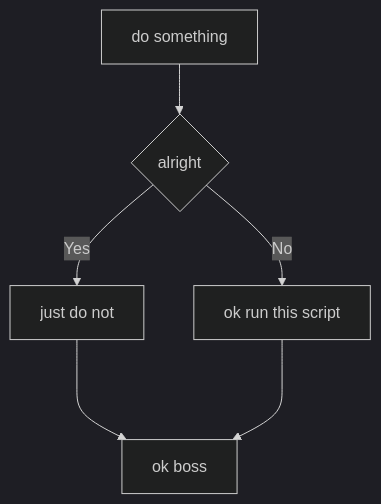
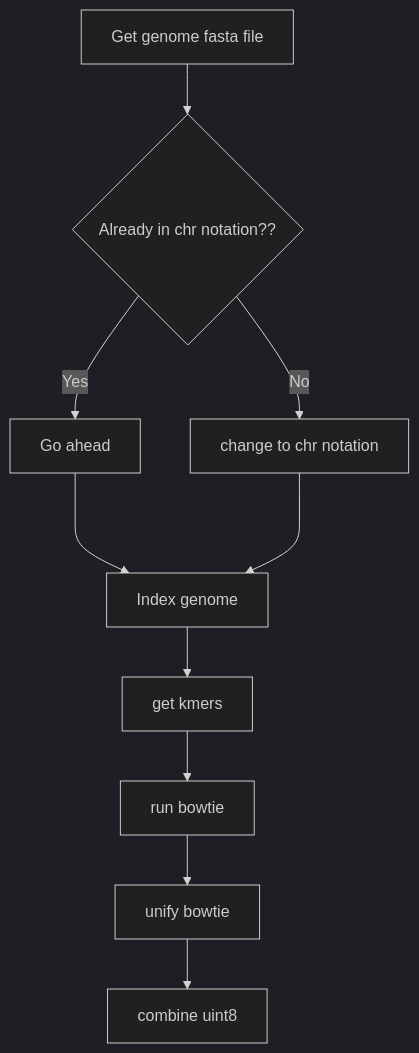
One commit to Pooran-Dewari/create-blacklist-fie-for-ChIP-seq-analysis changed the diagram in Run umap Atlantic salmon.md. Above: the diagram before and after it, drawn with Mermaid (dark theme).

Commit message:
Update Run umap Atlantic salmon.md

````diff
--- a/Run umap Atlantic salmon.md
+++ b/Run umap Atlantic salmon.md
@@ -3,8 +3,12 @@
 ```mermaid
 flowchart TD
-    A[do something] --> B{alright};
-    B -- Yes --> C[just do not];
-    B -- No --> D[ok run this script];
+    A[Get genome fasta file] --> B{Already in chr notation??};
+    B -- Yes --> C[Go ahead];
+    B -- No --> D[change to chr notation];
     C ---> E[Enjoy the weekend];
-    D ---> E[ok boss]
+    D ---> E[Index genome]
+    E --> F[get kmers]
+    F --> G[run bowtie]
+    G --> H[unify bowtie]
+    H --> I[combine uint8]
 ```
````
